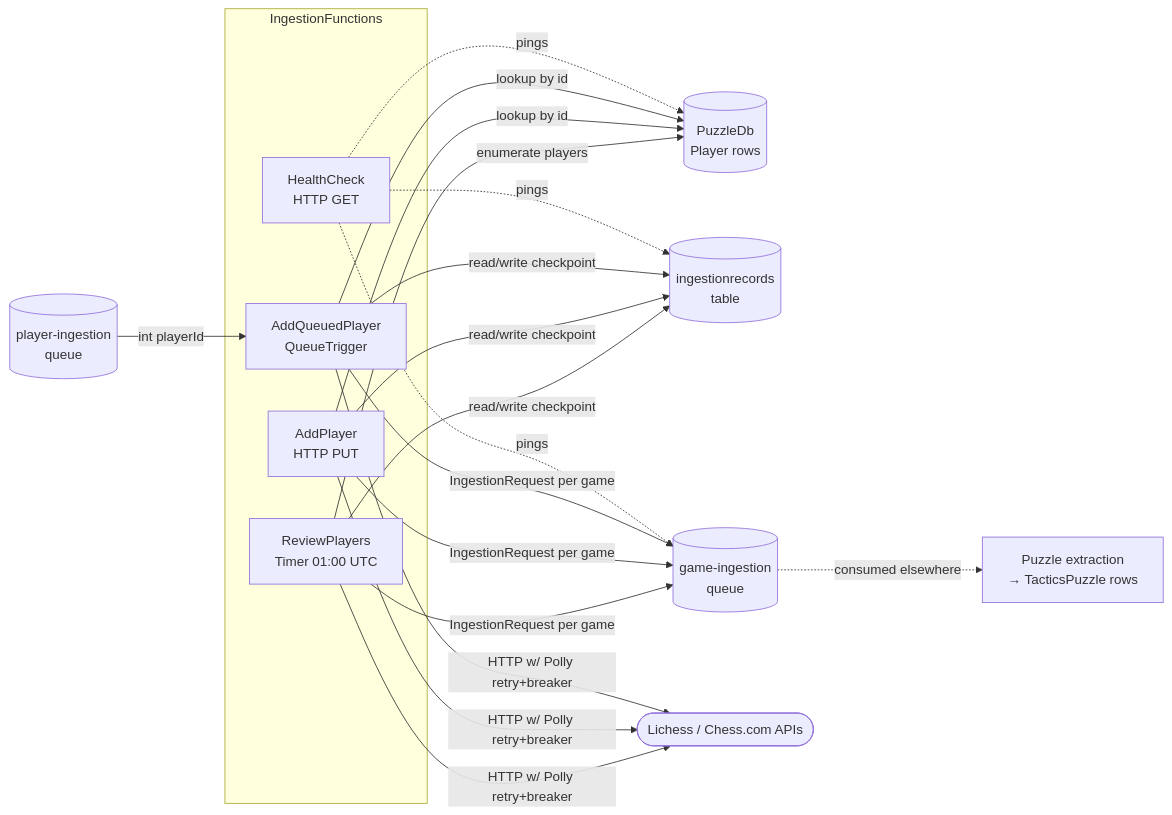
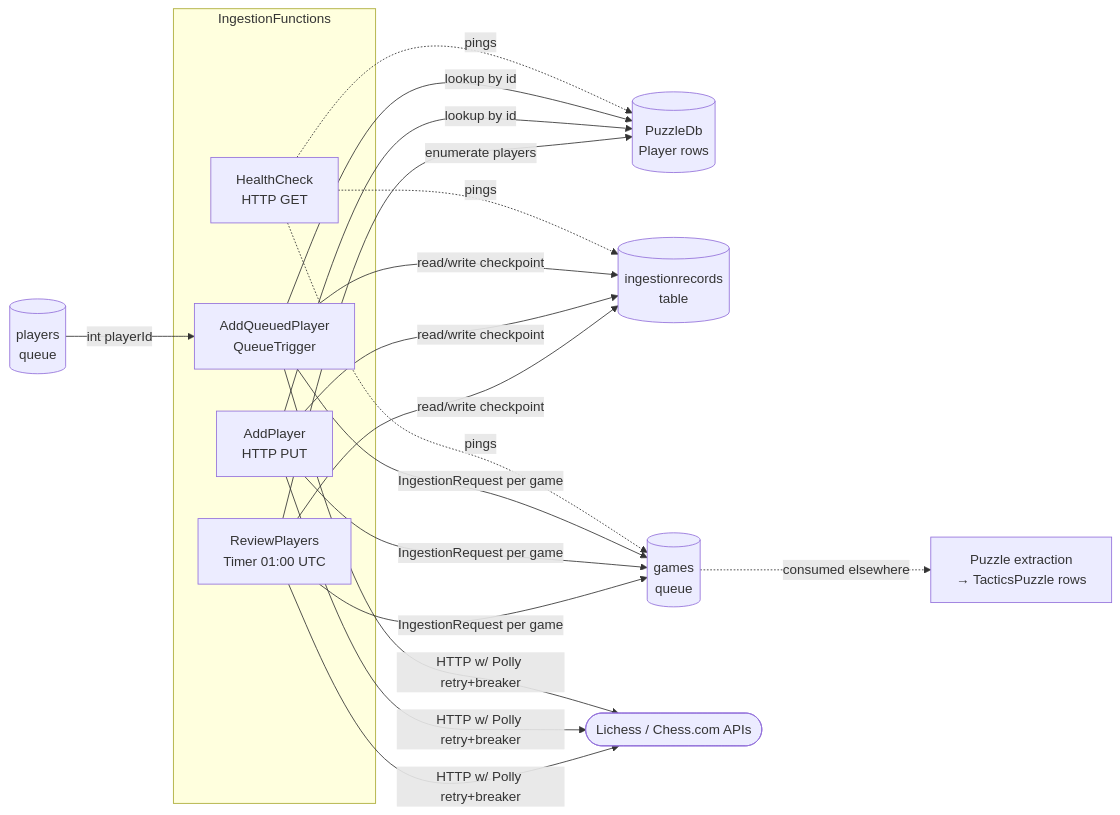
Before and after one commit to mjrousos/ChessTrainer: the diagram in src/IngestionFunctions/README.md, drawn with Mermaid. The commit also changed other lines of this file and 3 other files, not shown here.

````diff
--- a/src/IngestionFunctions/README.md
+++ b/src/IngestionFunctions/README.md
@@ -22,38 +22,38 @@
 ```mermaid
 flowchart LR
     subgraph Triggers["IngestionFunctions"]
         Timer[ReviewPlayers<br/>Timer 01:00 UTC]
         Http[AddPlayer<br/>HTTP PUT]
         QTrigger[AddQueuedPlayer<br/>QueueTrigger]
         Health[HealthCheck<br/>HTTP GET]
     end
 
-    PlayerQ[(player-ingestion<br/>queue)]
+    PlayerQ[(players<br/>queue)]
     PlayerQ -->|int playerId| QTrigger
 
     DB[(PuzzleDb<br/>Player rows)]
     Table[(ingestionrecords<br/>table)]
-    GameQ[(game-ingestion<br/>queue)]
+    GameQ[(games<br/>queue)]
 
     Timer -->|enumerate players| DB
     Http -->|lookup by id| DB
     QTrigger -->|lookup by id| DB
 
     Timer -->|read/write checkpoint| Table
     Http -->|read/write checkpoint| Table
     QTrigger -->|read/write checkpoint| Table
 
     Timer -->|HTTP w/ Polly retry+breaker| Sites([Lichess / Chess.com APIs])
     Http -->|HTTP w/ Polly retry+breaker| Sites
     QTrigger -->|HTTP w/ Polly retry+breaker| Sites
 
     Timer -->|IngestionRequest per game| GameQ
     Http -->|IngestionRequest per game| GameQ
     QTrigger -->|IngestionRequest per game| GameQ
 
     GameQ -.->|consumed elsewhere| Downstream[Puzzle extraction<br/>→ TacticsPuzzle rows]
 
     Health -.->|pings| DB
     Health -.->|pings| Table
     Health -.->|pings| GameQ
 ```
````
